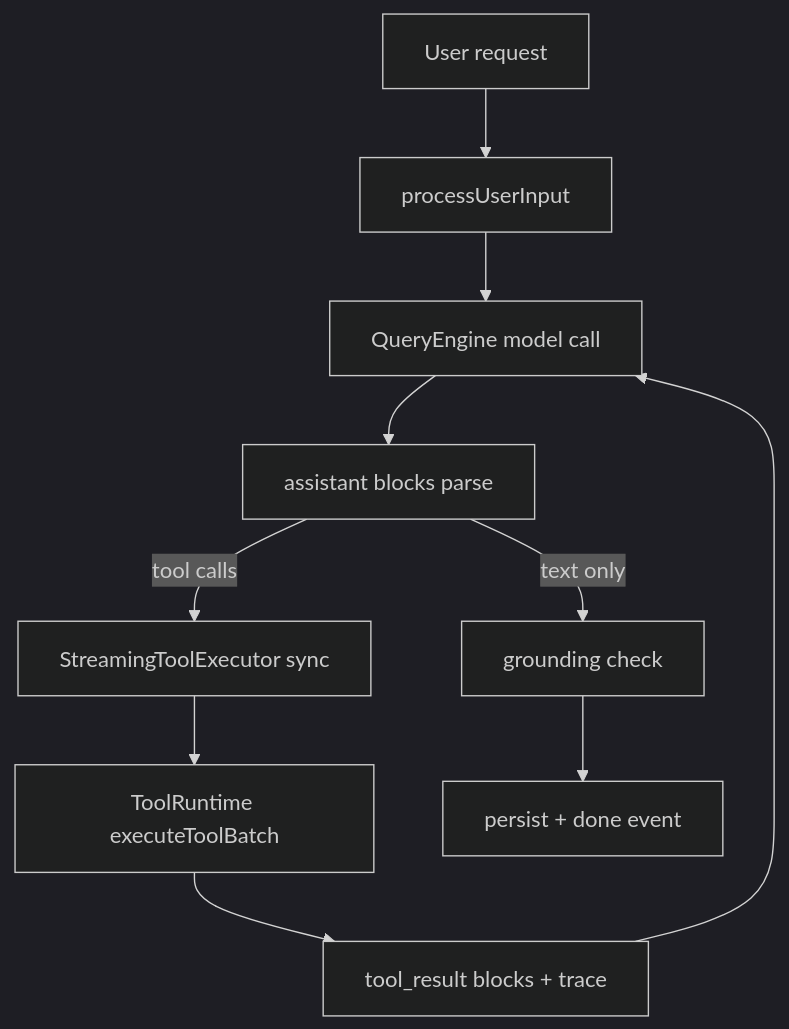
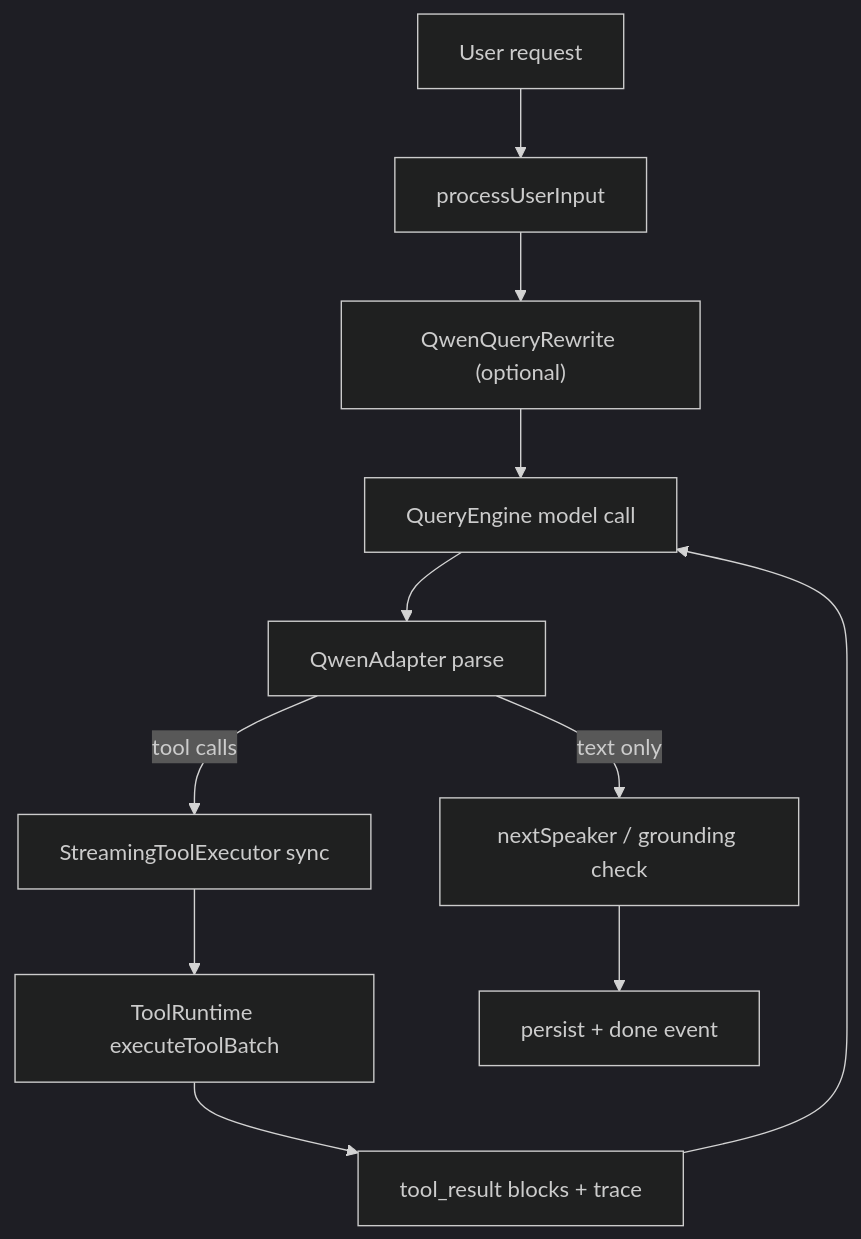
One commit to needitem/pixllm changed the diagram in docs/02-design/desktop_layered_tool_loop_architecture.md. Above: the diagram before and after it, drawn with Mermaid (dark theme). The commit also changed other lines of this file and 12 other files, not shown here.

Commit message:
Refresh docs for Qwen-first desktop runtime

````diff
--- a/docs/02-design/desktop_layered_tool_loop_architecture.md
+++ b/docs/02-design/desktop_layered_tool_loop_architecture.md
@@ -33,12 +36,13 @@
 ```mermaid
 flowchart TD
     A["User request"] --> B["processUserInput"]
-    B --> C["QueryEngine model call"]
-    C --> D["assistant blocks parse"]
-    D -->|text only| E["grounding check"]
-    D -->|tool calls| F["StreamingToolExecutor sync"]
-    F --> G["ToolRuntime executeToolBatch"]
-    G --> H["tool_result blocks + trace"]
-    H --> C
-    E --> I["persist + done event"]
+    B --> C["QwenQueryRewrite (optional)"]
+    C --> D["QueryEngine model call"]
+    D --> E["QwenAdapter parse"]
+    E -->|text only| F["nextSpeaker / grounding check"]
+    E -->|tool calls| G["StreamingToolExecutor sync"]
+    G --> H["ToolRuntime executeToolBatch"]
+    H --> I["tool_result blocks + trace"]
+    I --> D
+    F --> J["persist + done event"]
 ```
````
